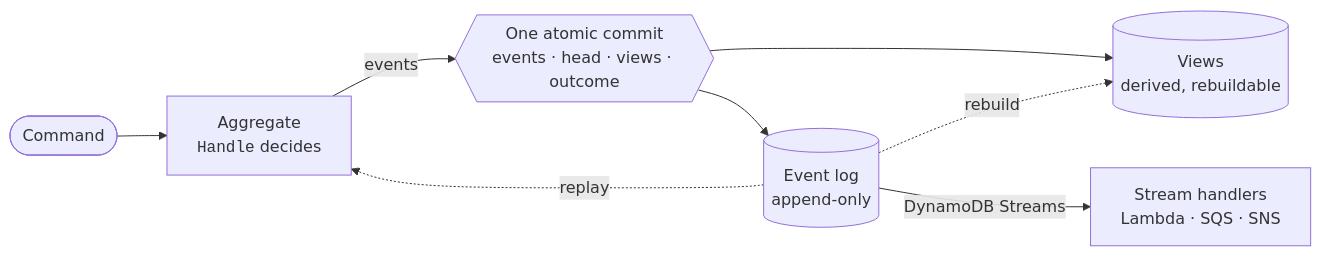
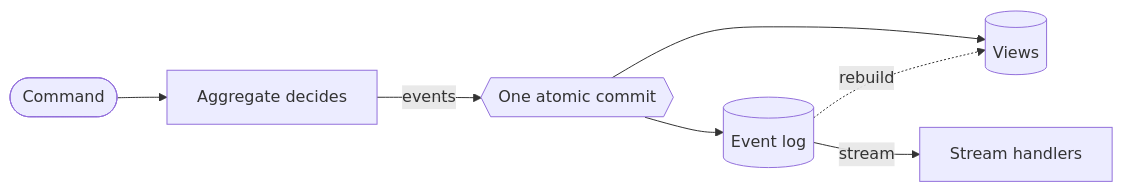
The diagram in README.md (photon-grove/evt), drawn with Mermaid before and after one commit. The commit also changed other lines of this file, not shown here.

Commit message:
docs: simplify the README flow diagram and list every example
Why: the first Mermaid draft rendered wide and cramped on GitHub, the highlights table had an
empty header row, and the examples table only listed the older examples.

````diff
--- a/README.md
+++ b/README.md
@@ -60,10 +60,9 @@
 ```mermaid
 flowchart LR
-    cmd([Command]) --> agg["Aggregate<br/><code>Handle</code> decides"]
-    agg -->|events| commit{{"One atomic commit<br/>events · head · views · outcome"}}
-    commit --> log[("Event log<br/>append-only")]
-    commit --> views[("Views<br/>derived, rebuildable")]
-    log -. replay .-> agg
+    cmd([Command]) --> agg[Aggregate decides]
+    agg -- events --> commit{{One atomic commit}}
+    commit --> log[(Event log)]
+    commit --> views[(Views)]
     log -. rebuild .-> views
-    log -- DynamoDB Streams --> handlers["Stream handlers<br/>Lambda · SQS · SNS"]
+    log -- stream --> handlers[Stream handlers]
 ```
````
